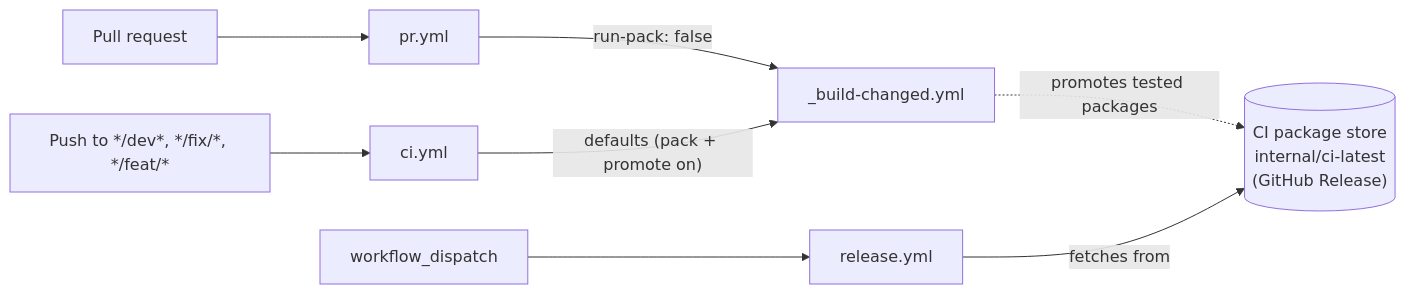
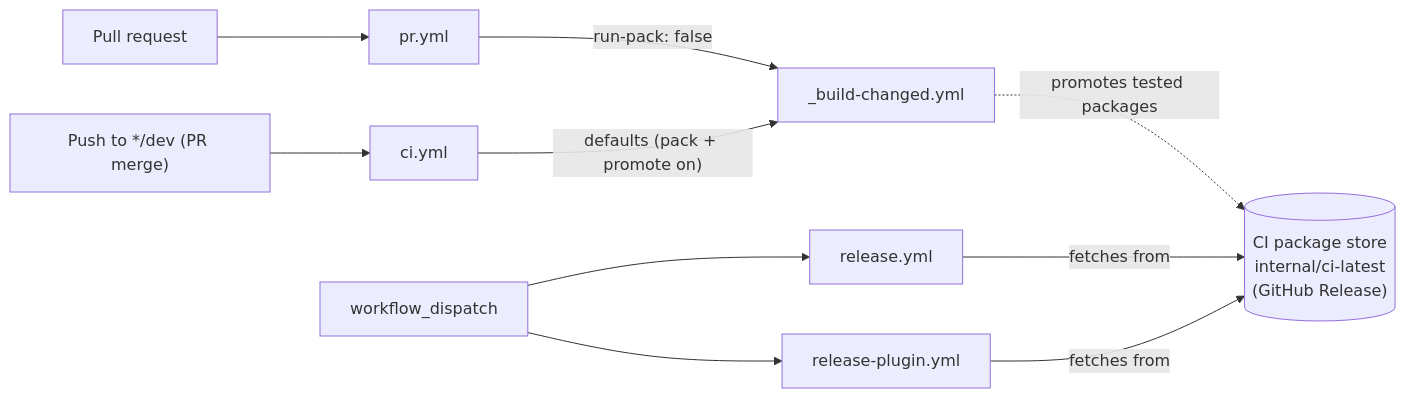
The first of 4 diagrams in .github/workflows/README.md (criticalmanufacturing/mes-common-library), drawn with Mermaid before and after one commit. The commit also changed other lines of this file and 6 other files, not shown here.

````diff
--- a/.github/workflows/README.md
+++ b/.github/workflows/README.md
@@ -19,12 +20,14 @@
 ```mermaid
 flowchart LR
     PR["Pull request"] --> prYml["pr.yml"]
-    Push["Push to */dev*, */fix/*, */feat/*"] --> ciYml["ci.yml"]
+    Push["Push to */dev (PR merge)"] --> ciYml["ci.yml"]
     Manual["workflow_dispatch"] --> releaseYml["release.yml"]
+    Manual --> releasePluginYml["release-plugin.yml"]
 
     prYml -- "run-pack: false" --> buildChanged["_build-changed.yml"]
     ciYml -- "defaults (pack + promote on)" --> buildChanged
 
     buildChanged -. "promotes tested packages" .-> store[("CI package store<br/>internal/ci-latest<br/>(GitHub Release)")]
     releaseYml -- "fetches from" --> store
+    releasePluginYml -- "fetches from" --> store
 ```
````
